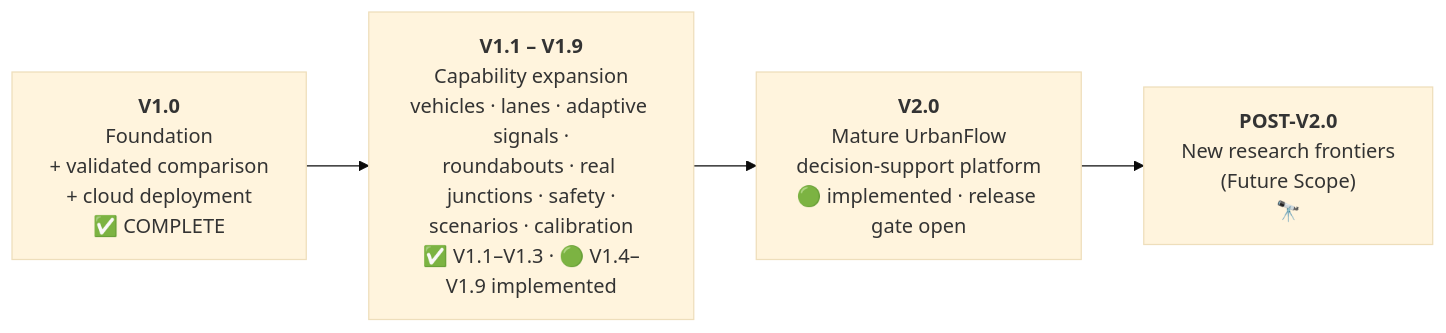
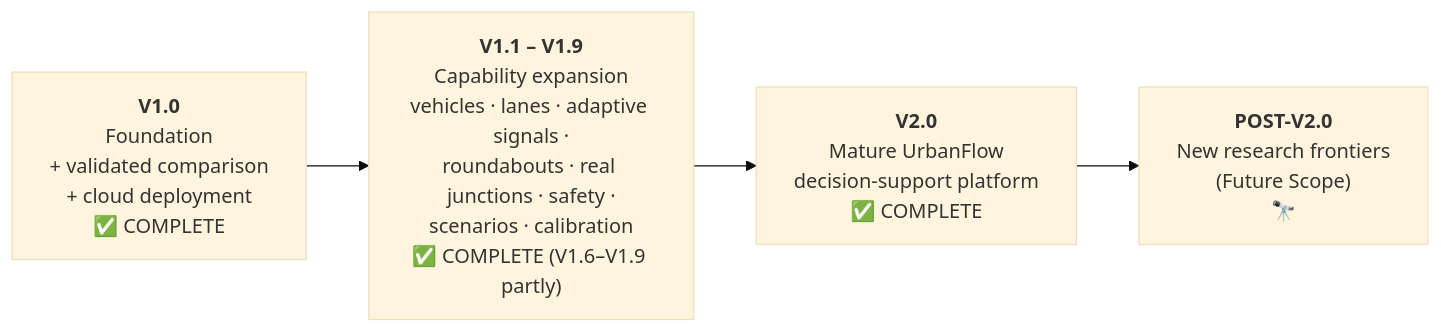
Before and after one commit to Viraj281105/Traffic-Simulation: the first of 3 diagrams in docs/ROADMAP.md, drawn with Mermaid (base theme). The commit also changed other lines of this file and 2 other files, not shown here.

First line of the commit message:
docs: record the V2.0 release gate decision (G-V2 passed)

````diff
--- a/docs/ROADMAP.md
+++ b/docs/ROADMAP.md
@@ -19,8 +19,8 @@
 ```mermaid
 flowchart LR
     A["<b>V1.0</b><br/>Foundation<br/>+ validated comparison<br/>+ cloud deployment<br/>✅ COMPLETE"]
-    B["<b>V1.1 – V1.9</b><br/>Capability expansion<br/>vehicles · lanes · adaptive signals ·<br/>roundabouts · real junctions · safety ·<br/>scenarios · calibration<br/>✅ V1.1–V1.3 · 🟢 V1.4–V1.9 implemented"]
-    C["<b>V2.0</b><br/>Mature UrbanFlow<br/>decision-support platform<br/>🟢 implemented · release gate open"]
+    B["<b>V1.1 – V1.9</b><br/>Capability expansion<br/>vehicles · lanes · adaptive signals ·<br/>roundabouts · real junctions · safety ·<br/>scenarios · calibration<br/>✅ COMPLETE (V1.6–V1.9 partly)"]
+    C["<b>V2.0</b><br/>Mature UrbanFlow<br/>decision-support platform<br/>✅ COMPLETE"]
     D["<b>POST-V2.0</b><br/>New research frontiers<br/>(Future Scope)<br/>🔭"]
     A --> B --> C --> D
 ```
````
